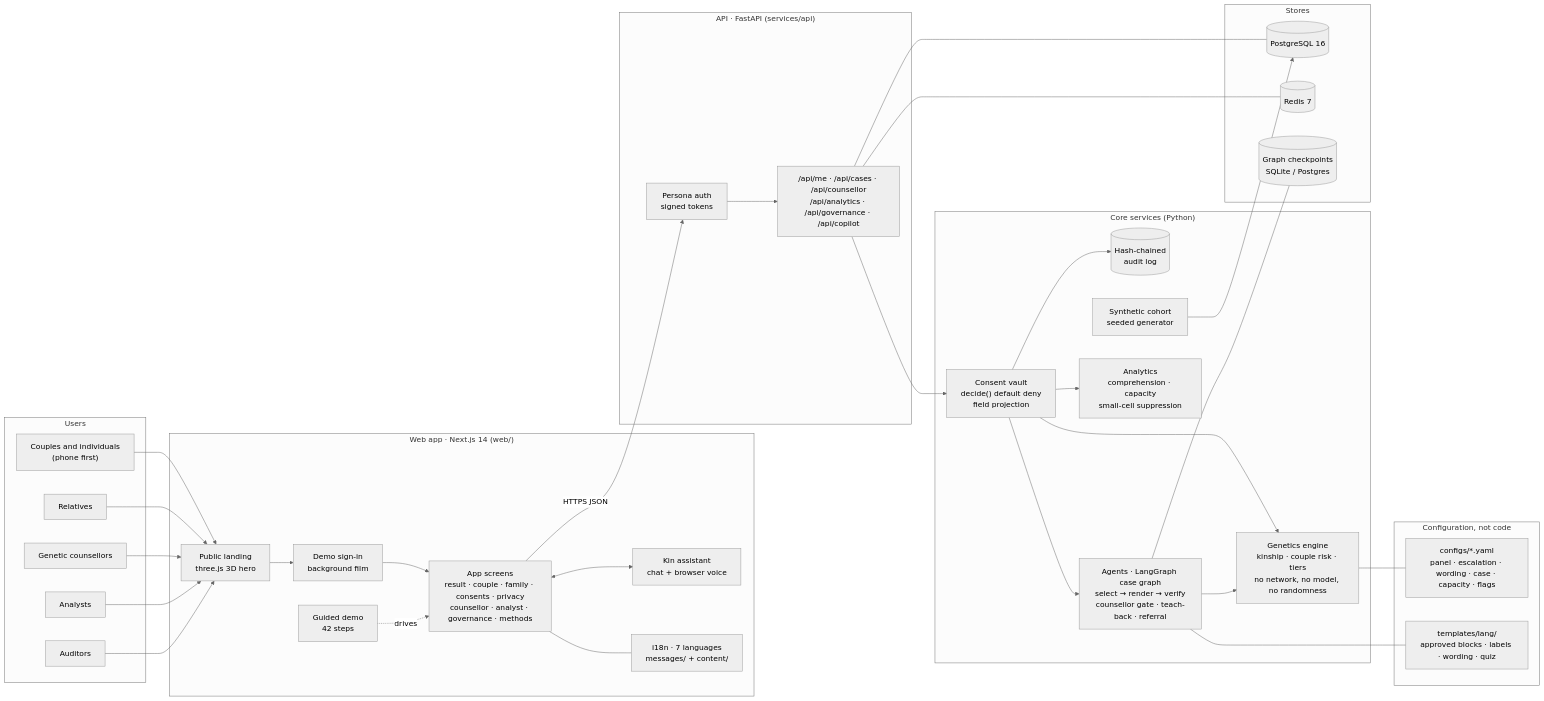
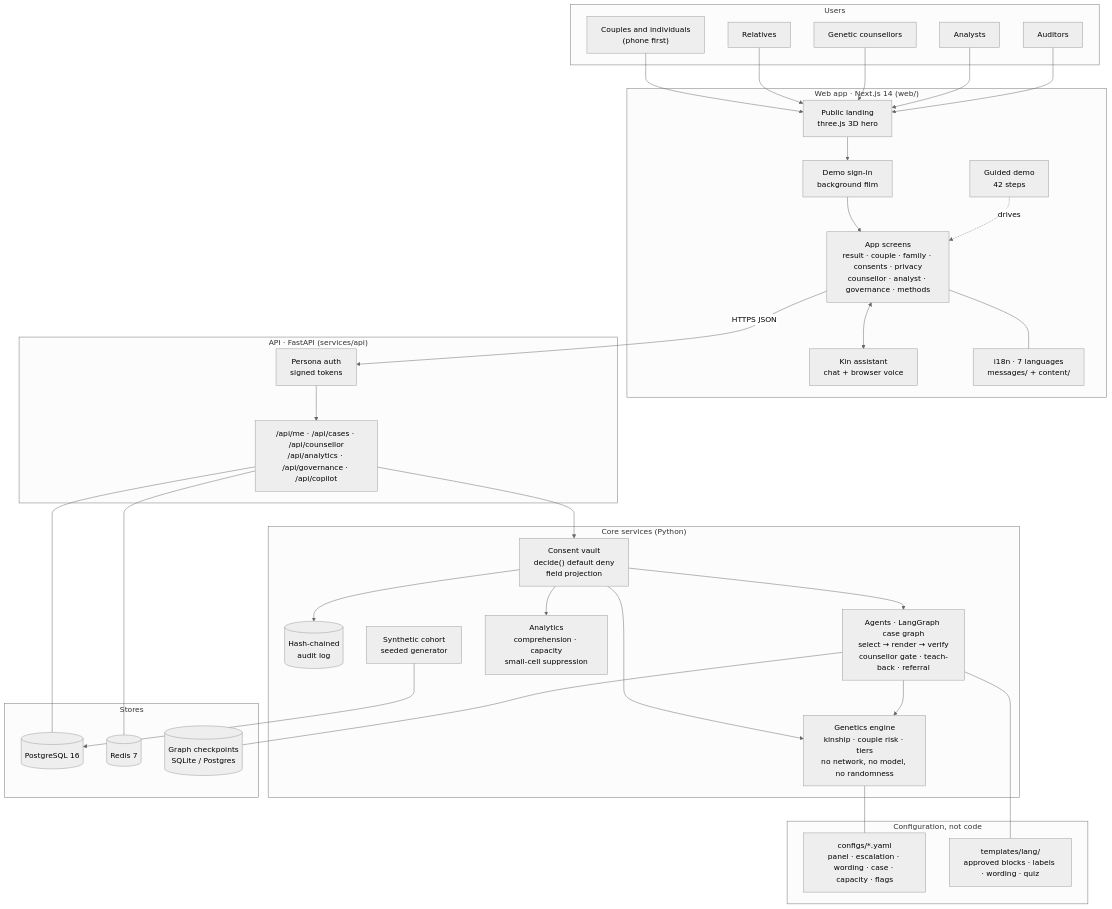
One commit to loktrishal-05/kinsight changed the first of 6 diagrams in README.md. Above: the diagram before and after it, drawn with Mermaid (neutral theme).

Commit message:
README: vertical system architecture diagram for readability

````diff
--- a/README.md
+++ b/README.md
@@ -144,58 +144,58 @@
 ```mermaid
-flowchart LR
+flowchart TB
   subgraph Users
     P["Couples and individuals<br/>(phone first)"]
     R[Relatives]
     C[Genetic counsellors]
     A[Analysts]
     G[Auditors]
   end
 
   subgraph Web["Web app · Next.js 14 (web/)"]
     L["Public landing<br/>three.js 3D hero"]
     S["Demo sign-in<br/>background film"]
     UI["App screens<br/>result · couple · family · consents · privacy<br/>counsellor · analyst · governance · methods"]
     K["Kin assistant<br/>chat + browser voice"]
     D["Guided demo<br/>42 steps"]
     I18N["i18n · 7 languages<br/>messages/ + content/"]
   end
 
   subgraph API["API · FastAPI (services/api)"]
     AUTH["Persona auth<br/>signed tokens"]
     ROUTES["/api/me · /api/cases · /api/counsellor<br/>/api/analytics · /api/governance · /api/copilot"]
   end
 
   subgraph Core["Core services (Python)"]
     CONSENT["Consent vault<br/>decide() default deny<br/>field projection"]
     AUDIT[("Hash-chained<br/>audit log")]
     ENGINE["Genetics engine<br/>kinship · couple risk · tiers<br/>no network, no model, no randomness"]
     AGENTS["Agents · LangGraph case graph<br/>select → render → verify<br/>counsellor gate · teach-back · referral"]
     ANALYTICS["Analytics<br/>comprehension · capacity<br/>small-cell suppression"]
     COHORT["Synthetic cohort<br/>seeded generator"]
   end
 
   subgraph Config["Configuration, not code"]
     CFG["configs/*.yaml<br/>panel · escalation · wording · case · capacity · flags"]
     TPL["templates/lang/<br/>approved blocks · labels · wording · quiz"]
   end
 
   subgraph Stores
     PG[("PostgreSQL 16")]
     RD[("Redis 7")]
     CK[("Graph checkpoints<br/>SQLite / Postgres")]
   end
 
   P & R & C & A & G --> L --> S --> UI
   UI <--> K
   UI --- I18N
   D -. drives .-> UI
   UI -->|HTTPS JSON| AUTH --> ROUTES
   ROUTES --> CONSENT --> AUDIT
   CONSENT --> ENGINE & AGENTS & ANALYTICS
   AGENTS --> ENGINE
   ENGINE --- CFG
   AGENTS --- TPL
   COHORT --> PG
   ROUTES --- PG & RD
   AGENTS --- CK
 ```
````
